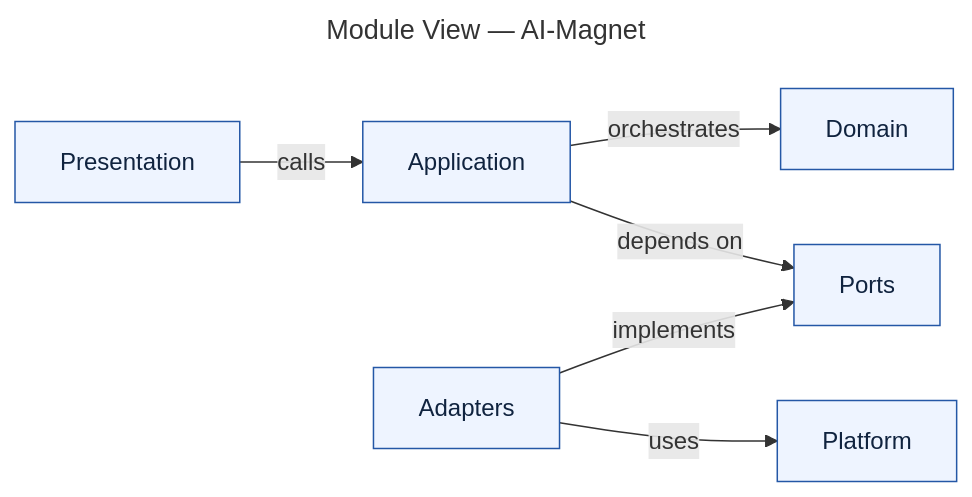
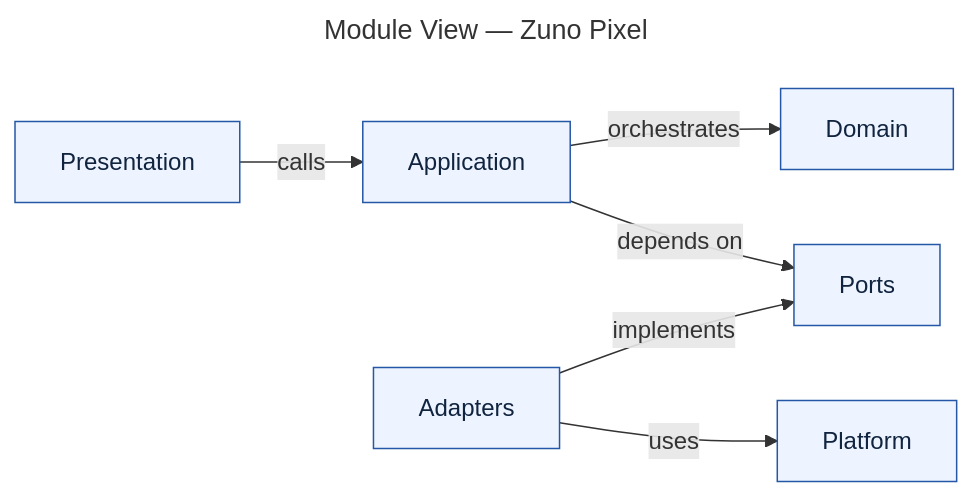
One commit to Tauhid-dev/Brand-website changed the diagram in planning/architecture/diagrams/module.mmd. Above: the diagram before and after it, drawn with Mermaid. The commit also changed 73 other files, not shown here.

Commit message:
feat(brand): complete Zuno Pixel phase 1

```diff
--- a/planning/architecture/diagrams/module.mmd
+++ b/planning/architecture/diagrams/module.mmd
@@ -1,17 +1,17 @@
 ---
-title: "Module View — AI-Magnet"
+title: "Module View — Zuno Pixel"
 ---
 flowchart LR
     presentation["Presentation"]
     application["Application"]
     domain["Domain"]
     ports["Ports"]
     adapters["Adapters"]
     platform["Platform"]
     presentation -->|"calls"| application
     application -->|"orchestrates"| domain
     application -->|"depends on"| ports
     adapters -->|"implements"| ports
     adapters -->|"uses"| platform
     classDef genesis fill:#eef4ff,stroke:#2457a6,color:#10233f
     class presentation,application,domain,ports,adapters,platform genesis
```
